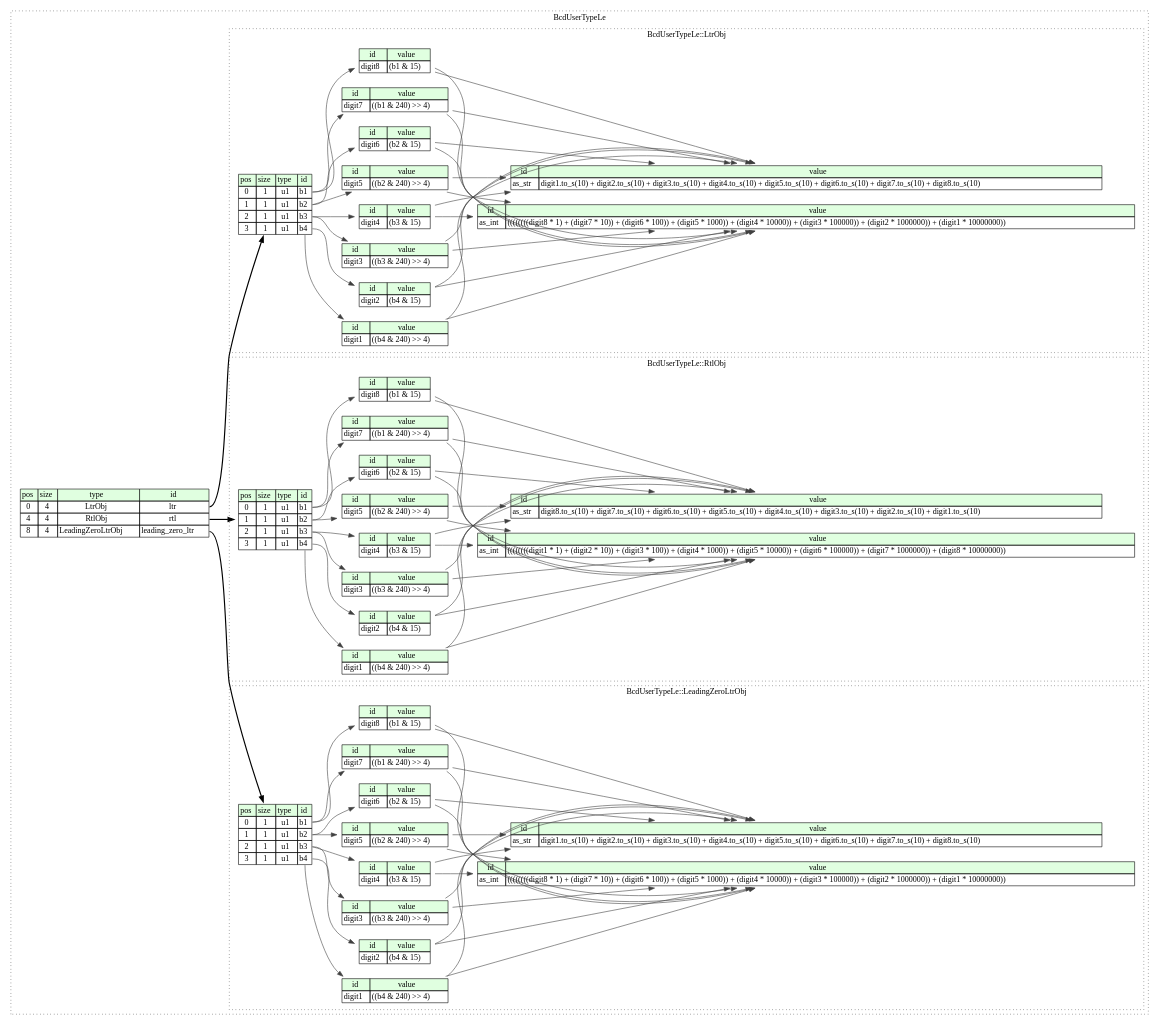
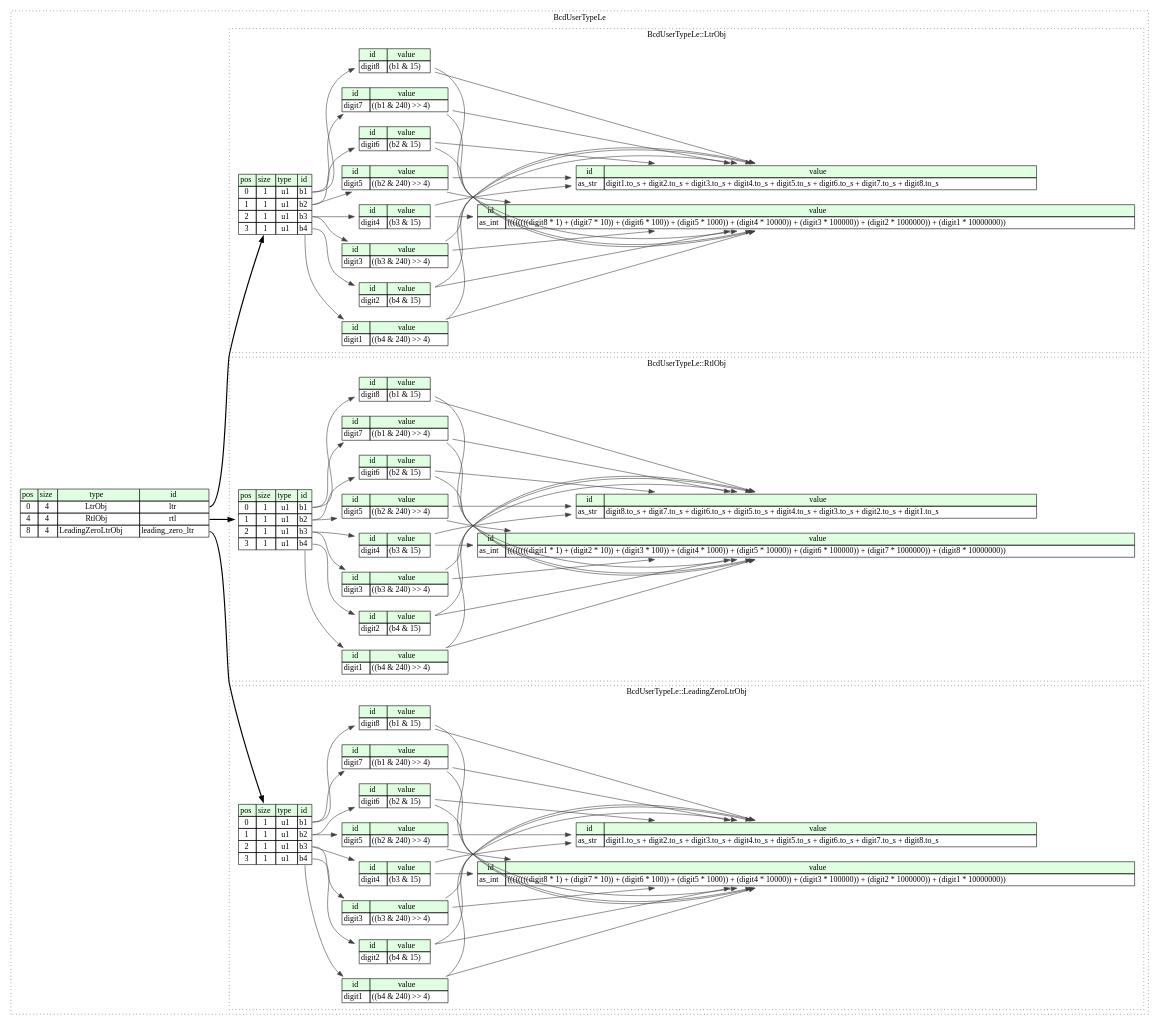
Before and after one commit to kaitai-io/ci_targets: the diagram in compiled/graphviz/bcd_user_type_le.dot, drawn with Graphviz. The commit also changed 39 other files, not shown here.

```diff
--- a/compiled/graphviz/bcd_user_type_le.dot
+++ b/compiled/graphviz/bcd_user_type_le.dot
@@ -28,7 +28,7 @@
 			</TABLE>>];
 			leading_zero_ltr_obj__inst__as_str [label=<<TABLE BORDER="0" CELLBORDER="1" CELLSPACING="0">
 				<TR><TD BGCOLOR="#E0FFE0">id</TD><TD BGCOLOR="#E0FFE0">value</TD></TR>
-				<TR><TD>as_str</TD><TD>digit1.to_s(10) + digit2.to_s(10) + digit3.to_s(10) + digit4.to_s(10) + digit5.to_s(10) + digit6.to_s(10) + digit7.to_s(10) + digit8.to_s(10)</TD></TR>
+				<TR><TD>as_str</TD><TD>digit1.to_s + digit2.to_s + digit3.to_s + digit4.to_s + digit5.to_s + digit6.to_s + digit7.to_s + digit8.to_s</TD></TR>
 			</TABLE>>];
 			leading_zero_ltr_obj__inst__digit1 [label=<<TABLE BORDER="0" CELLBORDER="1" CELLSPACING="0">
 				<TR><TD BGCOLOR="#E0FFE0">id</TD><TD BGCOLOR="#E0FFE0">value</TD></TR>
@@ -80,7 +80,7 @@
 			</TABLE>>];
 			ltr_obj__inst__as_str [label=<<TABLE BORDER="0" CELLBORDER="1" CELLSPACING="0">
 				<TR><TD BGCOLOR="#E0FFE0">id</TD><TD BGCOLOR="#E0FFE0">value</TD></TR>
-				<TR><TD>as_str</TD><TD>digit1.to_s(10) + digit2.to_s(10) + digit3.to_s(10) + digit4.to_s(10) + digit5.to_s(10) + digit6.to_s(10) + digit7.to_s(10) + digit8.to_s(10)</TD></TR>
+				<TR><TD>as_str</TD><TD>digit1.to_s + digit2.to_s + digit3.to_s + digit4.to_s + digit5.to_s + digit6.to_s + digit7.to_s + digit8.to_s</TD></TR>
 			</TABLE>>];
 			ltr_obj__inst__digit1 [label=<<TABLE BORDER="0" CELLBORDER="1" CELLSPACING="0">
 				<TR><TD BGCOLOR="#E0FFE0">id</TD><TD BGCOLOR="#E0FFE0">value</TD></TR>
@@ -132,7 +132,7 @@
 			</TABLE>>];
 			rtl_obj__inst__as_str [label=<<TABLE BORDER="0" CELLBORDER="1" CELLSPACING="0">
 				<TR><TD BGCOLOR="#E0FFE0">id</TD><TD BGCOLOR="#E0FFE0">value</TD></TR>
-				<TR><TD>as_str</TD><TD>digit8.to_s(10) + digit7.to_s(10) + digit6.to_s(10) + digit5.to_s(10) + digit4.to_s(10) + digit3.to_s(10) + digit2.to_s(10) + digit1.to_s(10)</TD></TR>
+				<TR><TD>as_str</TD><TD>digit8.to_s + digit7.to_s + digit6.to_s + digit5.to_s + digit4.to_s + digit3.to_s + digit2.to_s + digit1.to_s</TD></TR>
 			</TABLE>>];
 			rtl_obj__inst__digit1 [label=<<TABLE BORDER="0" CELLBORDER="1" CELLSPACING="0">
 				<TR><TD BGCOLOR="#E0FFE0">id</TD><TD BGCOLOR="#E0FFE0">value</TD></TR>
```
